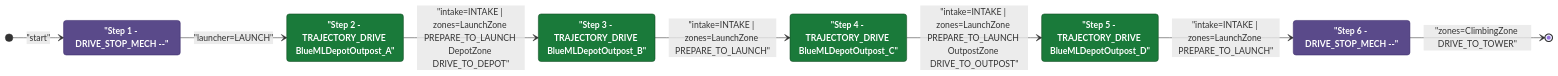
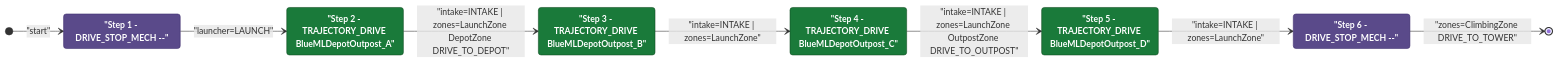
The diagram in documents/auton/BlueBDepLaunch0DepOutScoreClimb.md (Team302/2026Rebuilt), drawn with Mermaid before and after one commit. The commit also changed other lines of this file and 131 other files, not shown here.

First line of the commit message:
docs(auton): regenerate Mermaid diagrams [skip ci]

````diff
--- a/documents/auton/BlueBDepLaunch0DepOutScoreClimb.md
+++ b/documents/auton/BlueBDepLaunch0DepOutScoreClimb.md
@@ -8,30 +8,30 @@
 ```mermaid
 stateDiagram-v2
     direction LR
 
     %% Green = intake active, Purple = intake off
     classDef intake  fill:#1a7a3a,color:#ffffff,stroke:#0d4a1f,font-weight:bold
     classDef noIntake fill:#5a4a8a,color:#ffffff,stroke:#3a2a6a,font-weight:bold
 
     Step1 : "Step 1 - DRIVE_STOP_MECH --"
     Step2 : "Step 2 - TRAJECTORY_DRIVE BlueMLDepotOutpost_A"
     Step3 : "Step 3 - TRAJECTORY_DRIVE BlueMLDepotOutpost_B"
     Step4 : "Step 4 - TRAJECTORY_DRIVE BlueMLDepotOutpost_C"
     Step5 : "Step 5 - TRAJECTORY_DRIVE BlueMLDepotOutpost_D"
     Step6 : "Step 6 - DRIVE_STOP_MECH --"
 
     class Step1 noIntake
     class Step2 intake
     class Step3 intake
     class Step4 intake
     class Step5 intake
     class Step6 noIntake
 
     [*] --> Step1 : "start"
     Step1 --> Step2: "launcher=LAUNCH"
-    Step2 --> Step3: "intake=INTAKE | zones=LaunchZone PREPARE_TO_LAUNCH DepotZone DRIVE_TO_DEPOT"
-    Step3 --> Step4: "intake=INTAKE | zones=LaunchZone PREPARE_TO_LAUNCH"
-    Step4 --> Step5: "intake=INTAKE | zones=LaunchZone PREPARE_TO_LAUNCH OutpostZone DRIVE_TO_OUTPOST"
-    Step5 --> Step6: "intake=INTAKE | zones=LaunchZone PREPARE_TO_LAUNCH"
+    Step2 --> Step3: "intake=INTAKE | zones=LaunchZone DepotZone DRIVE_TO_DEPOT"
+    Step3 --> Step4: "intake=INTAKE | zones=LaunchZone"
+    Step4 --> Step5: "intake=INTAKE | zones=LaunchZone OutpostZone DRIVE_TO_OUTPOST"
+    Step5 --> Step6: "intake=INTAKE | zones=LaunchZone"
     Step6 --> [*]: "zones=ClimbingZone DRIVE_TO_TOWER"
 ```
````
